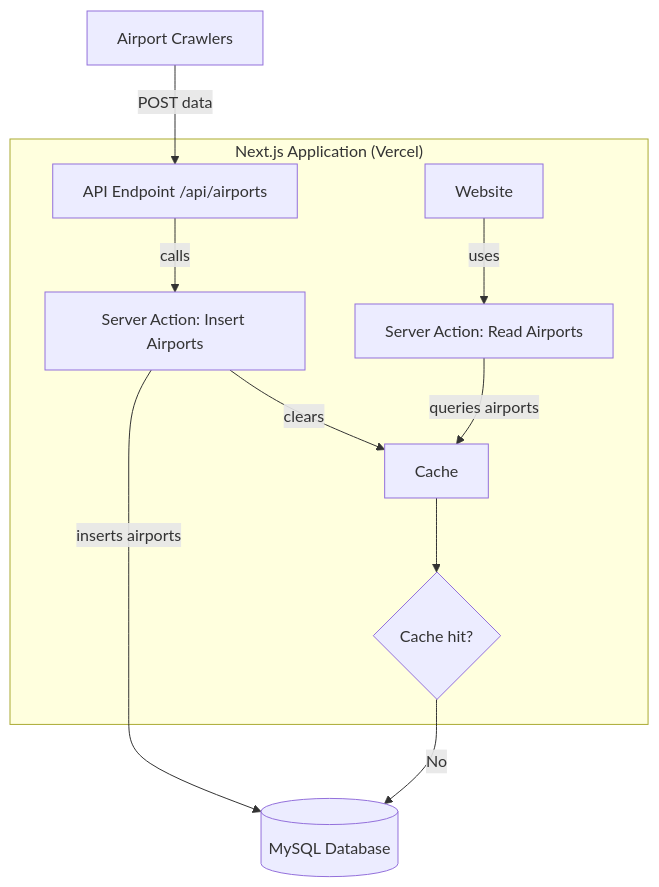
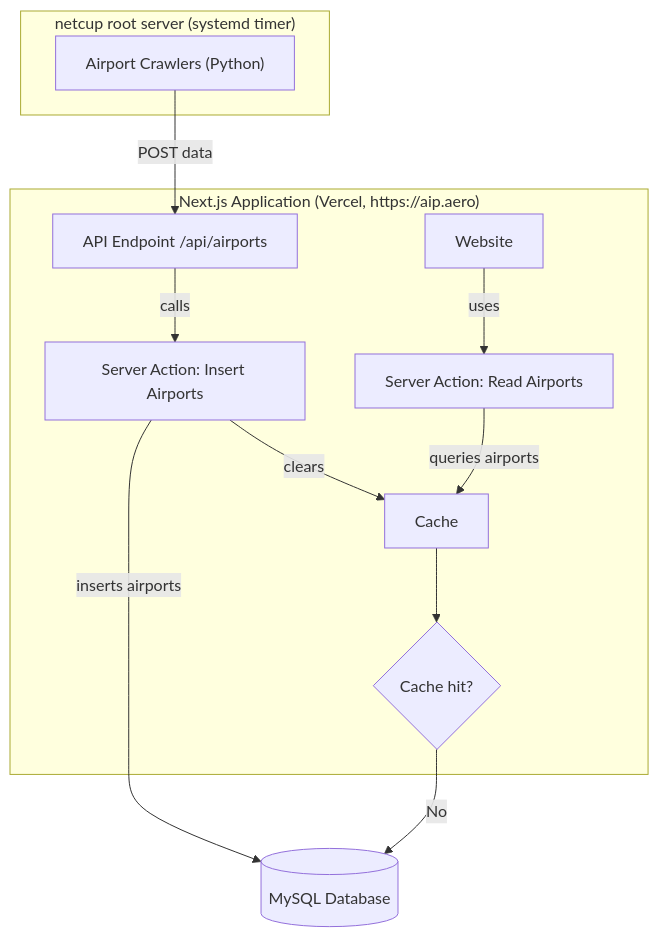
One commit to alexanderdross/AipAero changed the diagram in README.md. Above: the diagram before and after it, drawn with Mermaid. The commit also changed other lines of this file and 2 other files, not shown here.

First line of the commit message:
Document split architecture: Vercel for web, netcup for crawlers

````diff
--- a/README.md
+++ b/README.md
@@ -12,19 +16,22 @@
 ```mermaid
 flowchart TD
- subgraph subGraph0["Next.js Application (Vercel)"]
+ subgraph subGraph0["Next.js Application (Vercel, https://aip.aero)"]
         API["API Endpoint /api/airports"]
         Website["Website"]
         InsertAction["Server Action: Insert Airports"]
         ReadAction["Server Action: Read Airports"]
         Cache["Cache"]
         IsHit{"Cache hit?"}
   end
-    Crawlers["Airport Crawlers"] -- POST data --> API
+ subgraph subGraph1["netcup root server (systemd timer)"]
+        Crawlers["Airport Crawlers (Python)"]
+  end
+    Crawlers -- POST data --> API
     API -- calls --> InsertAction
     InsertAction -- inserts airports --> MySQL[("MySQL Database")]
     InsertAction -- clears --> Cache
     Website -- uses --> ReadAction
     ReadAction -- queries airports --> Cache
     Cache --> IsHit
     IsHit -- No --> MySQL
 ```
````
